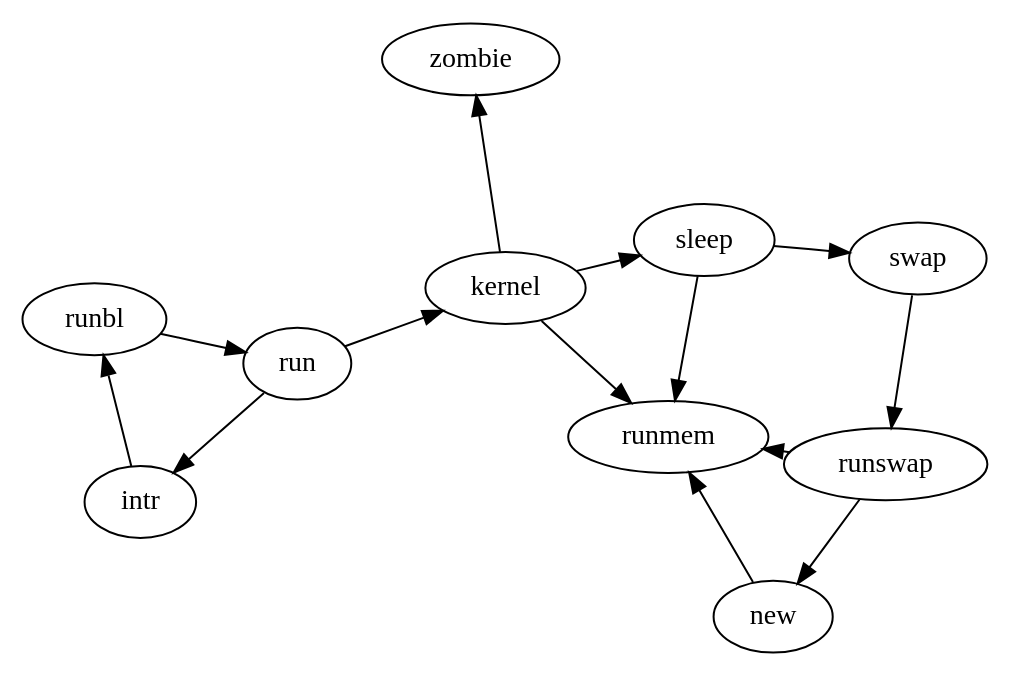
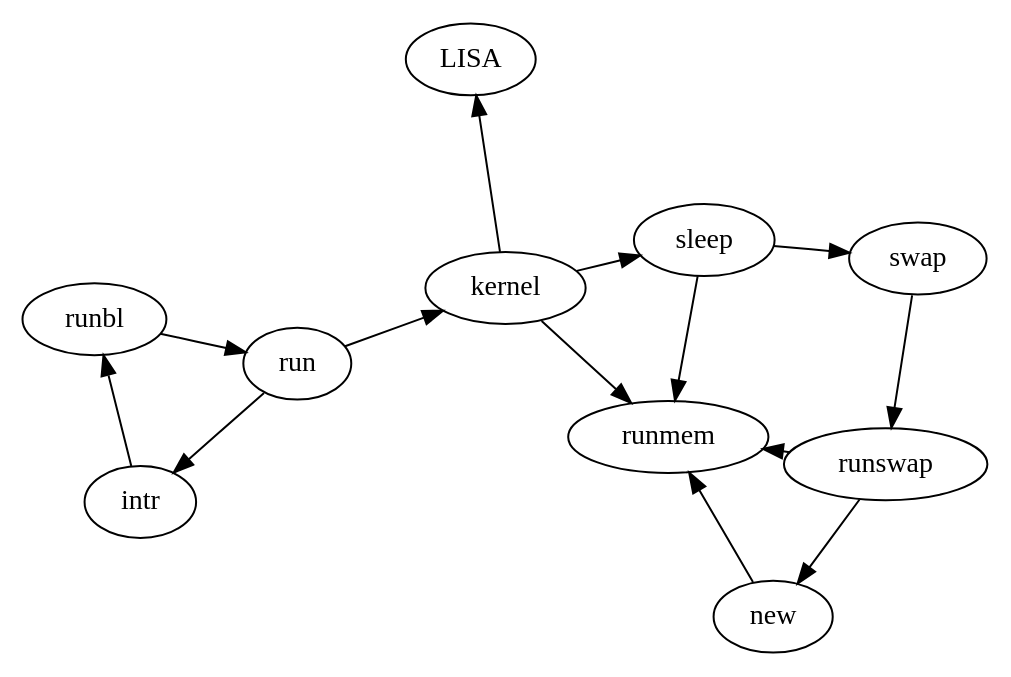
Before and after one commit to iqb-berlin/tba-info: the second of 2 diagrams in Einführung/intro.qmd, drawn with Graphviz.

Commit message:
Update graphviz

````diff
--- a/Einführung/intro.qmd
+++ b/Einführung/intro.qmd
@@ -22,19 +22,19 @@
 ```{dot}
 digraph G {
   layout=neato;
   overlap=false
   run -> intr;
   intr -> runbl;
   runbl -> run;
   run -> kernel;
-  kernel -> zombie;
+  kernel -> LISA;
   kernel -> sleep;
   kernel -> runmem;
   sleep -> swap;
   swap -> runswap;
   runswap -> new;
   runswap -> runmem;
   new -> runmem;
   sleep -> runmem;
 }
 ```
````
